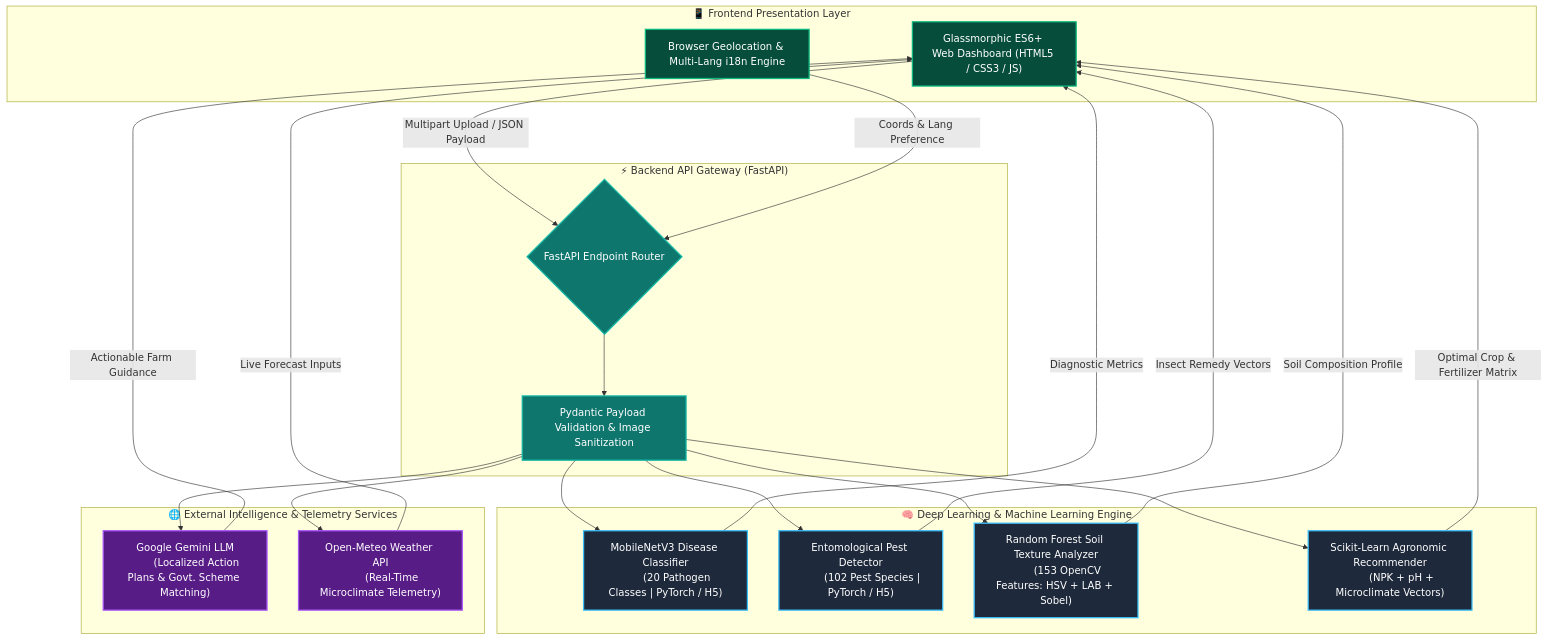
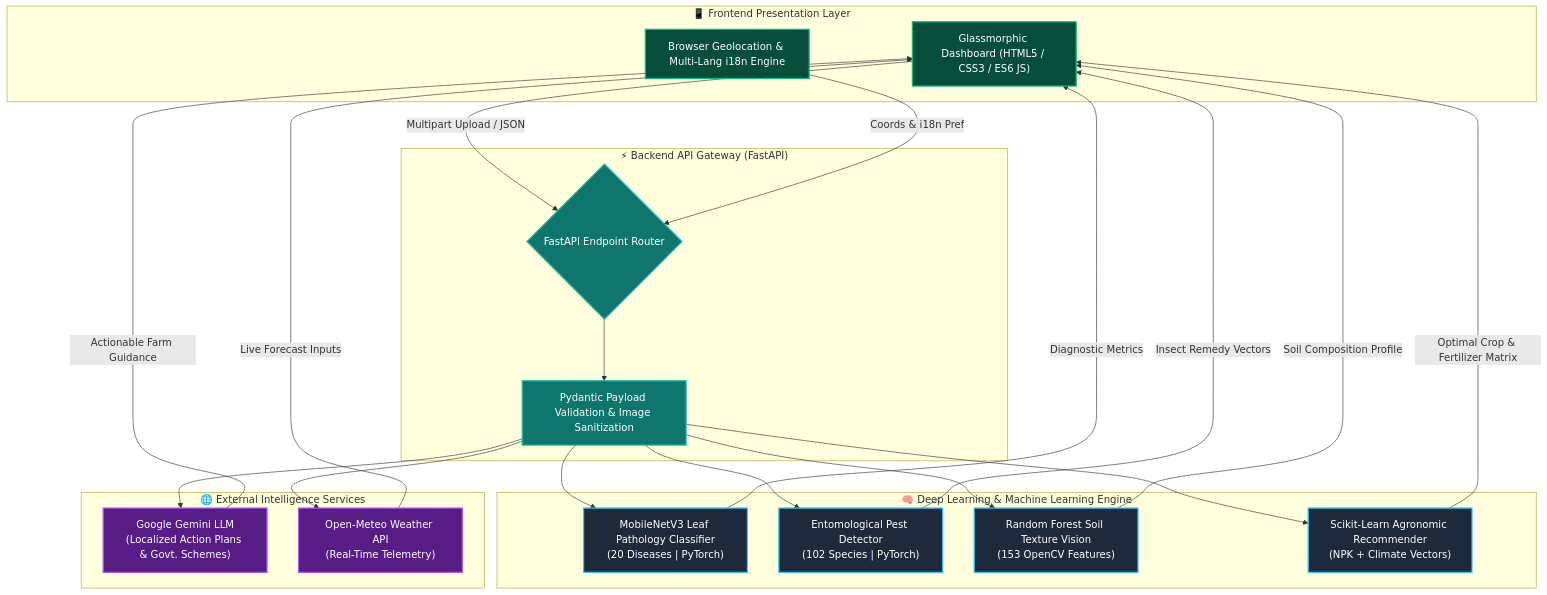
Before and after one commit to jeswanth90630/Krishi-ai: the diagram in README.md, drawn with Mermaid. The commit also changed other lines of this file, not shown here.

````diff
--- a/README.md
+++ b/README.md
@@ -67,53 +112,47 @@
 ```mermaid
 flowchart TD
     %% Custom Styling
     classDef client fill:#064E3B,stroke:#10B981,stroke-width:2px,color:#FFF;
     classDef gateway fill:#0F766E,stroke:#14B8A6,stroke-width:2px,color:#FFF;
     classDef model fill:#1E293B,stroke:#38BDF8,stroke-width:2px,color:#FFF;
     classDef external fill:#581C87,stroke:#A855F7,stroke-width:2px,color:#FFF;
 
     subgraph ClientLayer ["📱 Frontend Presentation Layer"]
-        UI["Glassmorphic ES6+ Web Dashboard (HTML5 / CSS3 / JS)"]:::client
+        UI["Glassmorphic Dashboard (HTML5 / CSS3 / ES6 JS)"]:::client
         Geo["Browser Geolocation & Multi-Lang i18n Engine"]:::client
     end
 
     subgraph GatewayLayer ["⚡ Backend API Gateway (FastAPI)"]
         Router{"FastAPI Endpoint Router"}:::gateway
         Validator["Pydantic Payload Validation & Image Sanitization"]:::gateway
     end
 
     subgraph InferenceLayer ["🧠 Deep Learning & Machine Learning Engine"]
-        DiseaseNet["MobileNetV3 Disease Classifier
-        (20 Pathogen Classes | PyTorch / H5)"]:::model
-        PestNet["Entomological Pest Detector
-        (102 Pest Species | PyTorch / H5)"]:::model
-        SoilNet["Random Forest Soil Texture Analyzer
-        (153 OpenCV Features: HSV + LAB + Sobel)"]:::model
-        CropML["Scikit-Learn Agronomic Recommender
-        (NPK + pH + Microclimate Vectors)"]:::model
+        DiseaseNet["MobileNetV3 Leaf Pathology Classifier\n(20 Diseases | PyTorch)"]:::model
+        PestNet["Entomological Pest Detector\n(102 Species | PyTorch)"]:::model
+        SoilNet["Random Forest Soil Texture Vision\n(153 OpenCV Features)"]:::model
+        CropML["Scikit-Learn Agronomic Recommender\n(NPK + Climate Vectors)"]:::model
     end
 
-    subgraph ExternalLayer ["🌐 External Intelligence & Telemetry Services"]
-        Gemini["Google Gemini LLM
-        (Localized Action Plans & Govt. Scheme Matching)"]:::external
-        OpenMeteo["Open-Meteo Weather API
-        (Real-Time Microclimate Telemetry)"]:::external
+    subgraph ExternalLayer ["🌐 External Intelligence Services"]
+        Gemini["Google Gemini LLM\n(Localized Action Plans & Govt. Schemes)"]:::external
+        OpenMeteo["Open-Meteo Weather API\n(Real-Time Telemetry)"]:::external
     end
 
-    UI -->|Multipart Upload / JSON Payload| Router
-    Geo -->|Coords & Lang Preference| Router
+    UI -->|Multipart Upload / JSON| Router
+    Geo -->|Coords & i18n Pref| Router
     Router --> Validator
     Validator --> DiseaseNet
     Validator --> PestNet
     Validator --> SoilNet
     Validator --> CropML
     Validator --> Gemini
     Validator --> OpenMeteo
 
     DiseaseNet -->|Diagnostic Metrics| UI
     PestNet -->|Insect Remedy Vectors| UI
     SoilNet -->|Soil Composition Profile| UI
     CropML -->|Optimal Crop & Fertilizer Matrix| UI
     Gemini -->|Actionable Farm Guidance| UI
     OpenMeteo -->|Live Forecast Inputs| UI
 ```
````
